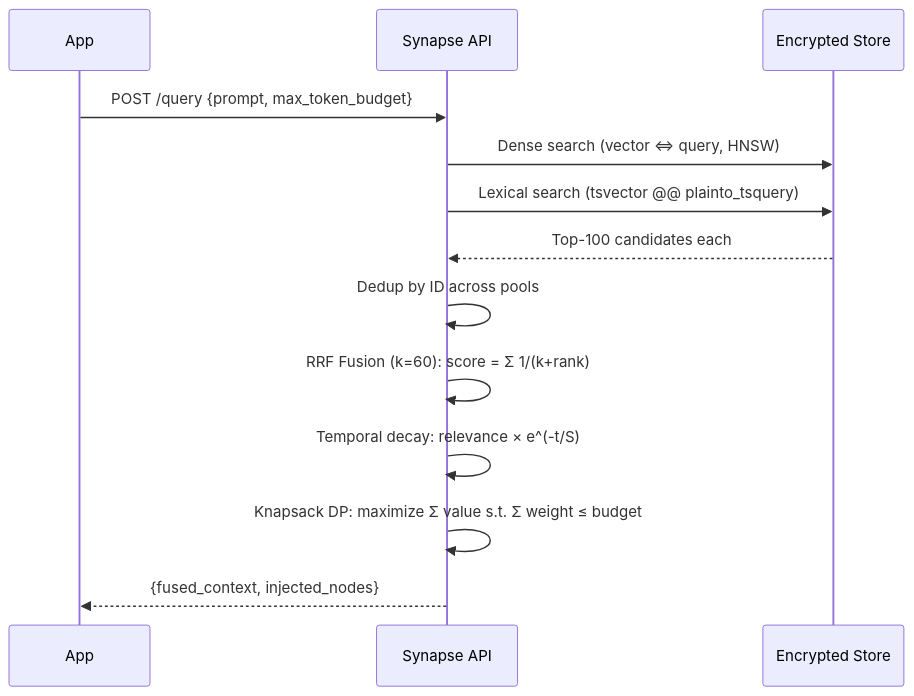
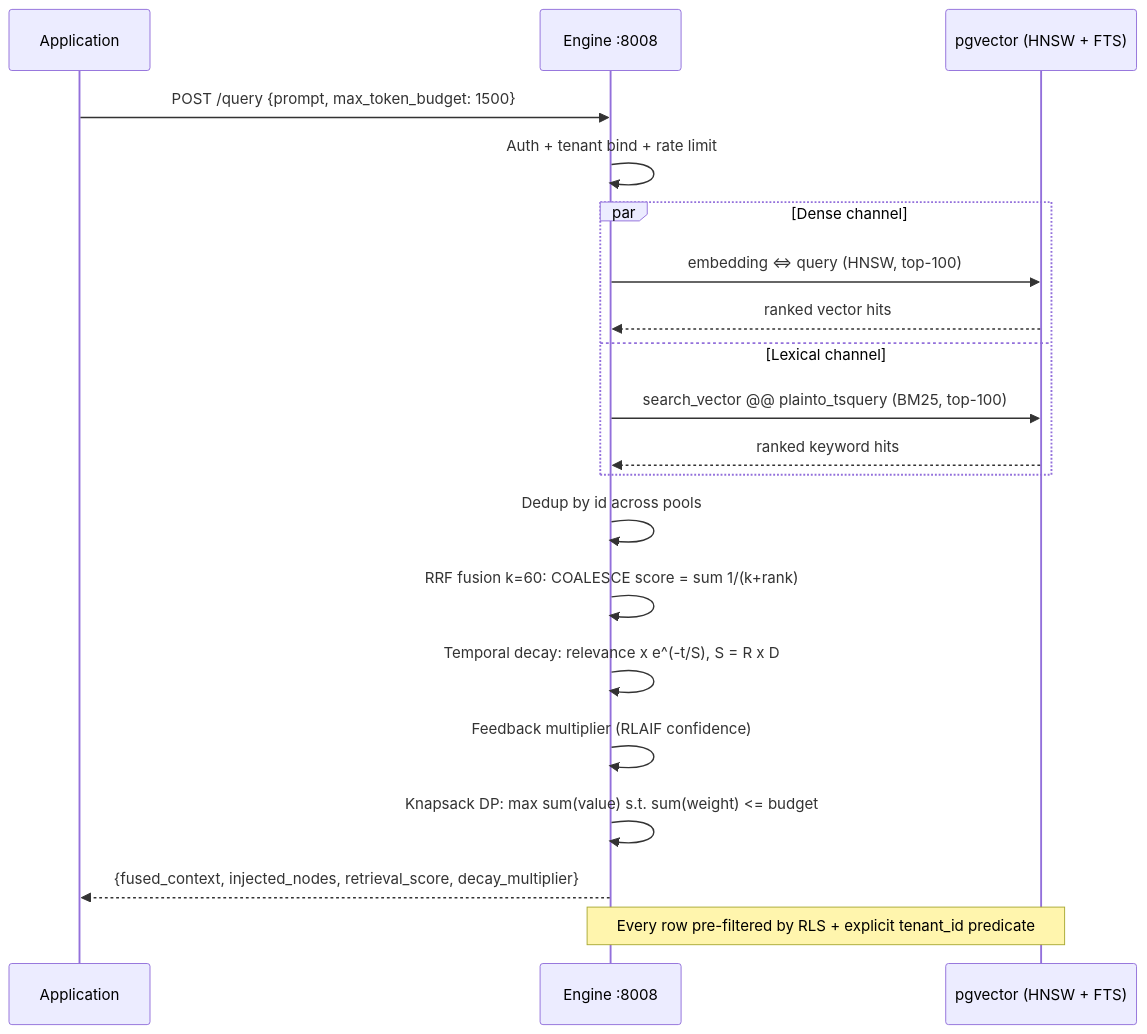
Before and after one commit to 721189/Synapse-Memory: the third of 9 diagrams in README.md, drawn with Mermaid. The commit also changed other lines of this file, not shown here.

````diff
--- a/README.md
+++ b/README.md
@@ -240,16 +177,23 @@
 ```mermaid
 sequenceDiagram
-    participant App
-    participant API as Synapse API
-    participant DB as Encrypted Store
+    participant App as Application
+    participant API as Engine :8008
+    participant DB as pgvector (HNSW + FTS)
 
-    App->>API: POST /query {prompt, max_token_budget}
-    API->>DB: Dense search (vector <=> query, HNSW)
-    API->>DB: Lexical search (tsvector @@ plainto_tsquery)
-    DB-->>API: Top-100 candidates each
-    API->>API: Dedup by ID across pools
-    API->>API: RRF Fusion (k=60): score = Σ 1/(k+rank)
-    API->>API: Temporal decay: relevance × e^(-t/S)
-    API->>API: Knapsack DP: maximize Σ value s.t. Σ weight ≤ budget
-    API-->>App: {fused_context, injected_nodes}
+    App->>API: POST /query {prompt, max_token_budget: 1500}
+    API->>API: Auth + tenant bind + rate limit
+    par Dense channel
+        API->>DB: embedding <=> query (HNSW, top-100)
+        DB-->>API: ranked vector hits
+    and Lexical channel
+        API->>DB: search_vector @@ plainto_tsquery (BM25, top-100)
+        DB-->>API: ranked keyword hits
+    end
+    API->>API: Dedup by id across pools
+    API->>API: RRF fusion k=60: COALESCE score = sum 1/(k+rank)
+    API->>API: Temporal decay: relevance x e^(-t/S), S = R x D
+    API->>API: Feedback multiplier (RLAIF confidence)
+    API->>API: Knapsack DP: max sum(value) s.t. sum(weight) <= budget
+    API-->>App: {fused_context, injected_nodes, retrieval_score, decay_multiplier}
+    Note over API,DB: Every row pre-filtered by RLS + explicit tenant_id predicate
 ```
````
